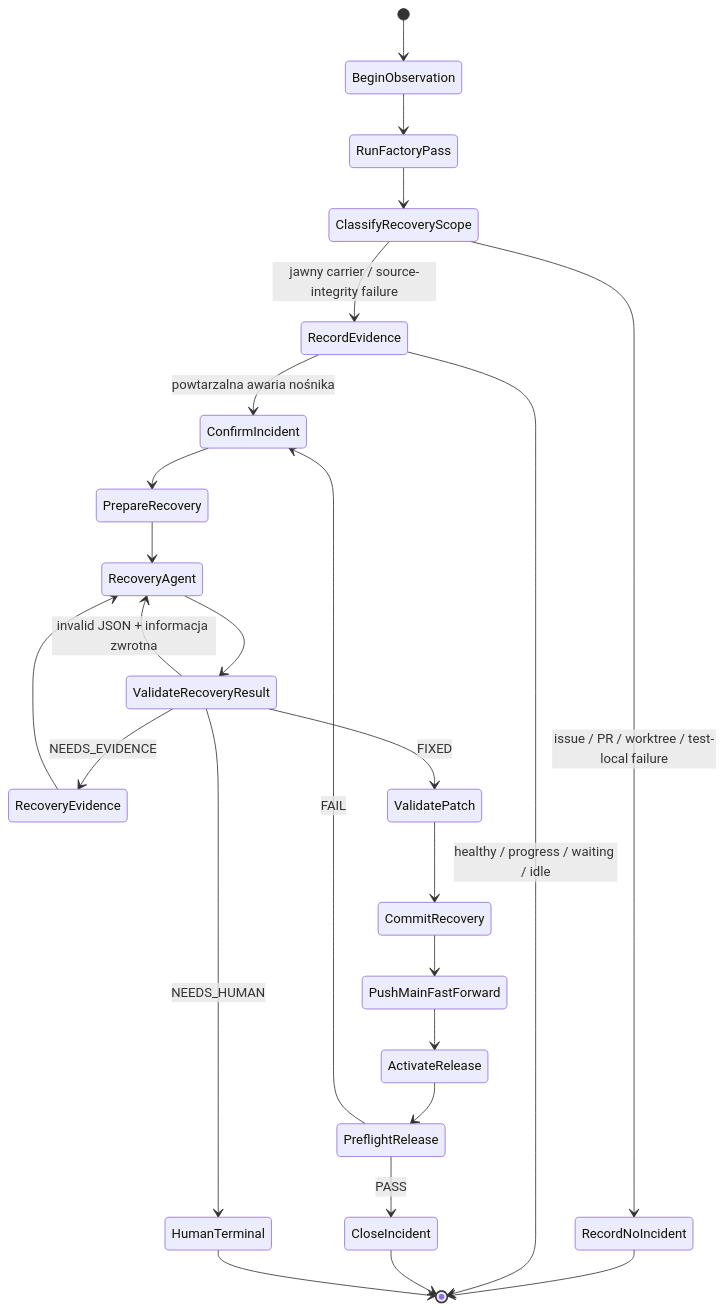
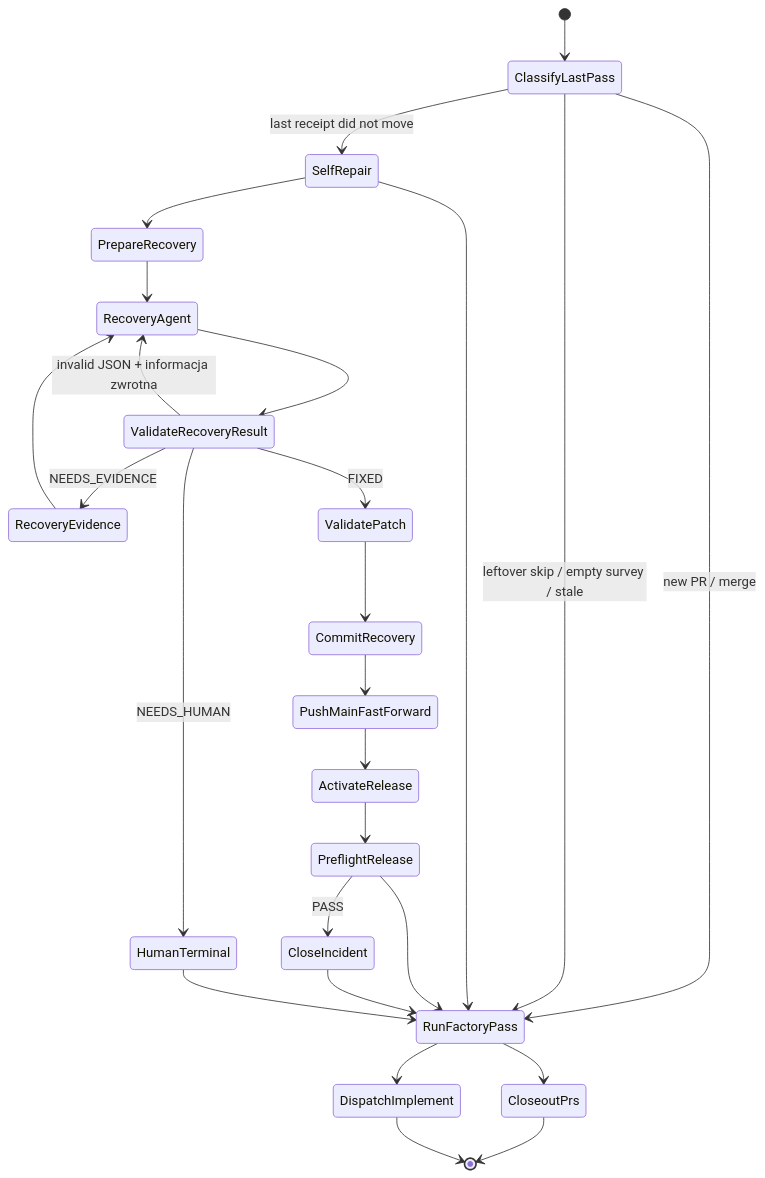
Before and after one commit to mikolaj92/lokay: diagram 43 of 43 in README.md, drawn with Mermaid. The commit also changed other lines of this file and 16 other files, not shown here.

First line of the commit message:
fix: repair only when last receipt did not move

````diff
--- a/README.md
+++ b/README.md
@@ -1252,27 +1259,28 @@
 ```mermaid
 stateDiagram-v2
-    [*] --> BeginObservation
-    BeginObservation --> RunFactoryPass
-    RunFactoryPass --> ClassifyRecoveryScope
-    ClassifyRecoveryScope --> RecordEvidence: jawny carrier / source-integrity failure
-    ClassifyRecoveryScope --> RecordNoIncident: issue / PR / worktree / test-local failure
-    RecordNoIncident --> [*]
-    RecordEvidence --> [*]: healthy / progress / waiting / idle
-    RecordEvidence --> ConfirmIncident: powtarzalna awaria nośnika
-    ConfirmIncident --> PrepareRecovery
+    [*] --> ClassifyLastPass
+    ClassifyLastPass --> RunFactoryPass: new PR / merge
+    ClassifyLastPass --> RunFactoryPass: leftover skip / empty survey / stale
+    ClassifyLastPass --> SelfRepair: last receipt did not move
+    SelfRepair --> RunFactoryPass
+    RunFactoryPass --> CloseoutPrs
+    RunFactoryPass --> DispatchImplement
+    CloseoutPrs --> [*]
+    DispatchImplement --> [*]
+    SelfRepair --> PrepareRecovery
     PrepareRecovery --> RecoveryAgent
     RecoveryAgent --> ValidateRecoveryResult
     ValidateRecoveryResult --> RecoveryAgent: invalid JSON + informacja zwrotna
     ValidateRecoveryResult --> RecoveryEvidence: NEEDS_EVIDENCE
     RecoveryEvidence --> RecoveryAgent
     ValidateRecoveryResult --> ValidatePatch: FIXED
     ValidateRecoveryResult --> HumanTerminal: NEEDS_HUMAN
     ValidatePatch --> CommitRecovery
     CommitRecovery --> PushMainFastForward
     PushMainFastForward --> ActivateRelease
     ActivateRelease --> PreflightRelease
     PreflightRelease --> CloseIncident: PASS
-    PreflightRelease --> ConfirmIncident: FAIL
-    CloseIncident --> [*]
-    HumanTerminal --> [*]
+    PreflightRelease --> RunFactoryPass
+    CloseIncident --> RunFactoryPass
+    HumanTerminal --> RunFactoryPass
 ```
````
